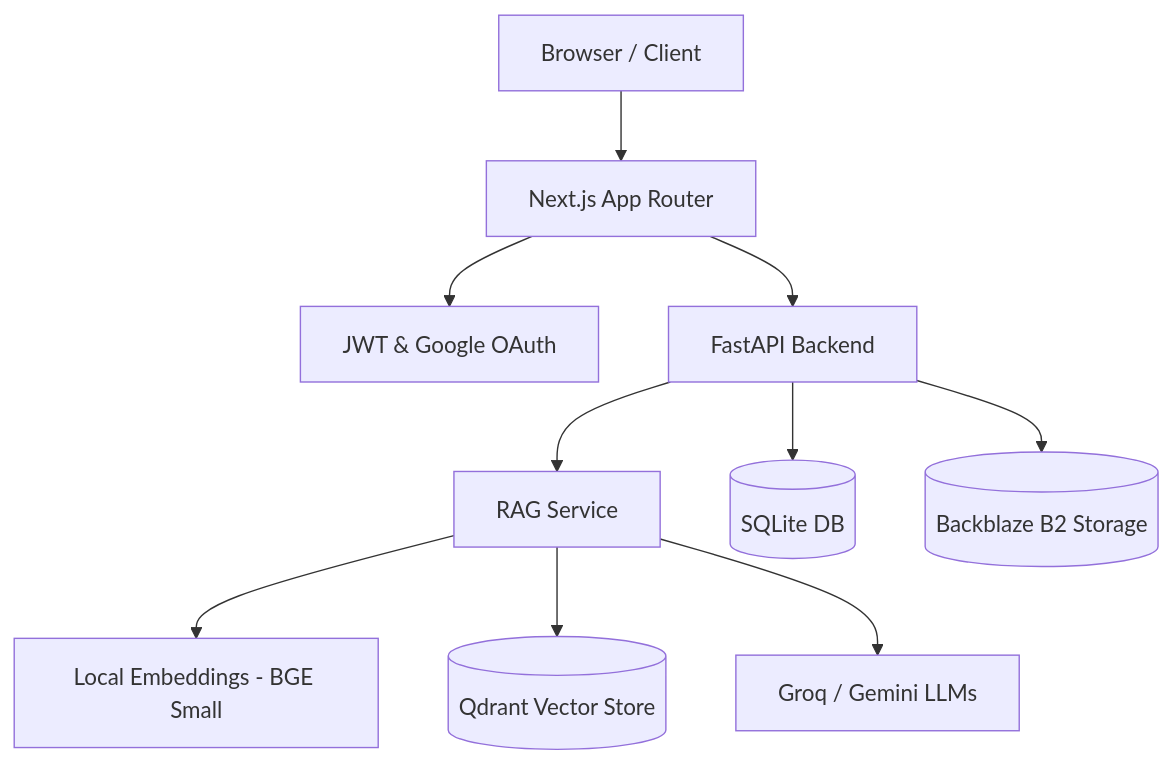
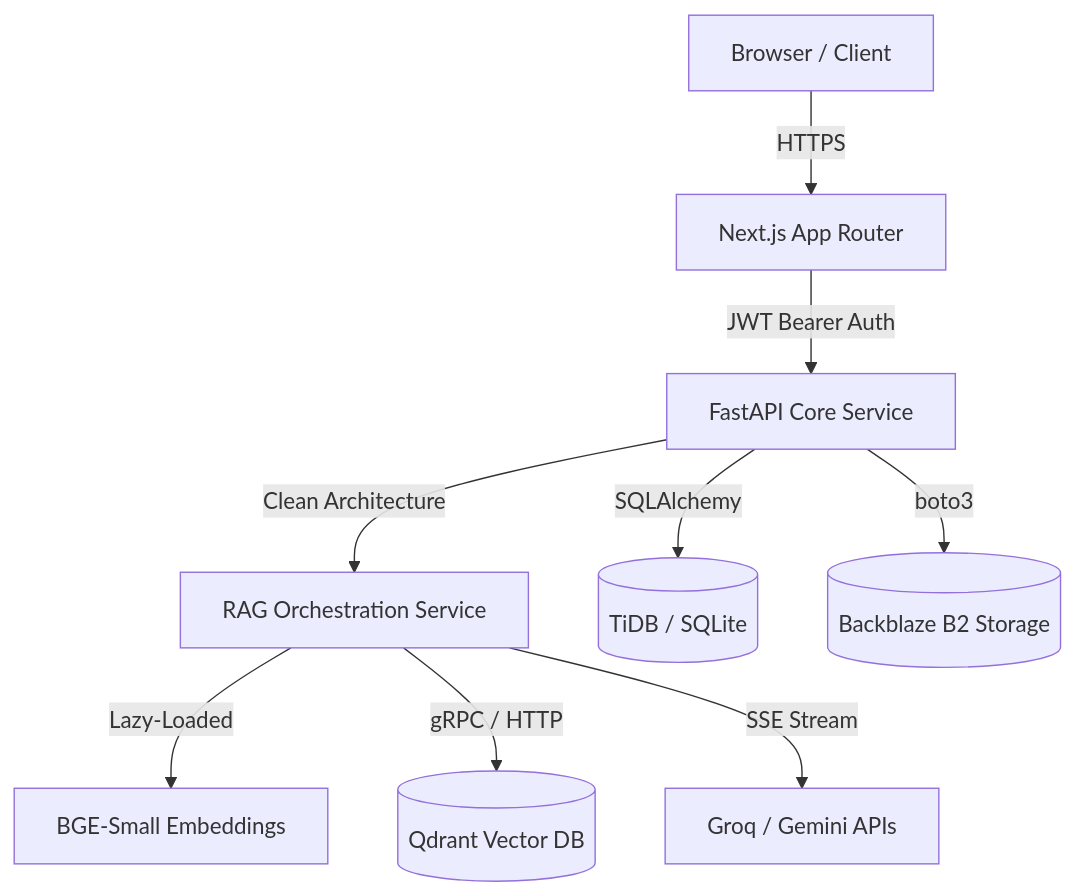
One commit to atharv0894/RATAN changed the diagram in README.md. Above: the diagram before and after it, drawn with Mermaid. The commit also changed other lines of this file and 49 other files, not shown here.

````diff
--- a/README.md
+++ b/README.md
@@ -48,15 +58,14 @@
 ```mermaid
 graph TD
-    Client[Browser / Client] --> Frontend[Next.js App Router]
-    Frontend --> Auth[JWT & Google OAuth]
-    Frontend --> Backend[FastAPI Backend]
+    Client[Browser / Client] -->|HTTPS| Frontend[Next.js App Router]
+    Frontend -->|JWT Bearer Auth| Backend[FastAPI Core Service]
     
-    Backend --> RAG[RAG Service]
-    Backend --> SQLite[(SQLite DB)]
+    Backend -->|Clean Architecture| RAG[RAG Orchestration Service]
+    Backend -->|SQLAlchemy| TiDB[(TiDB / SQLite)]
     
-    RAG --> FastEmbed[Local Embeddings - BGE Small]
-    RAG --> Qdrant[(Qdrant Vector Store)]
-    RAG --> LLM[Groq / Gemini LLMs]
+    RAG -->|Lazy-Loaded| FastEmbed[BGE-Small Embeddings]
+    RAG -->|gRPC / HTTP| Qdrant[(Qdrant Vector DB)]
+    RAG -->|SSE Stream| LLM[Groq / Gemini APIs]
     
-    Backend --> ObjectStore[(Backblaze B2 Storage)]
+    Backend -->|boto3| ObjectStore[(Backblaze B2 Storage)]
 ```
````
